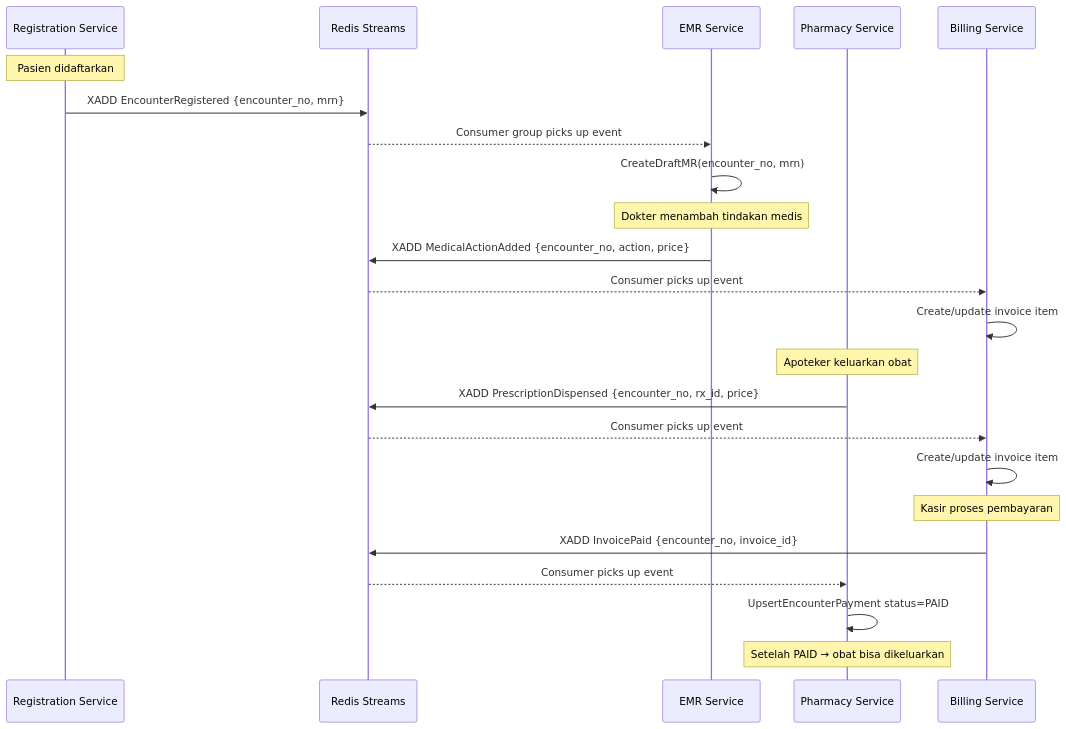
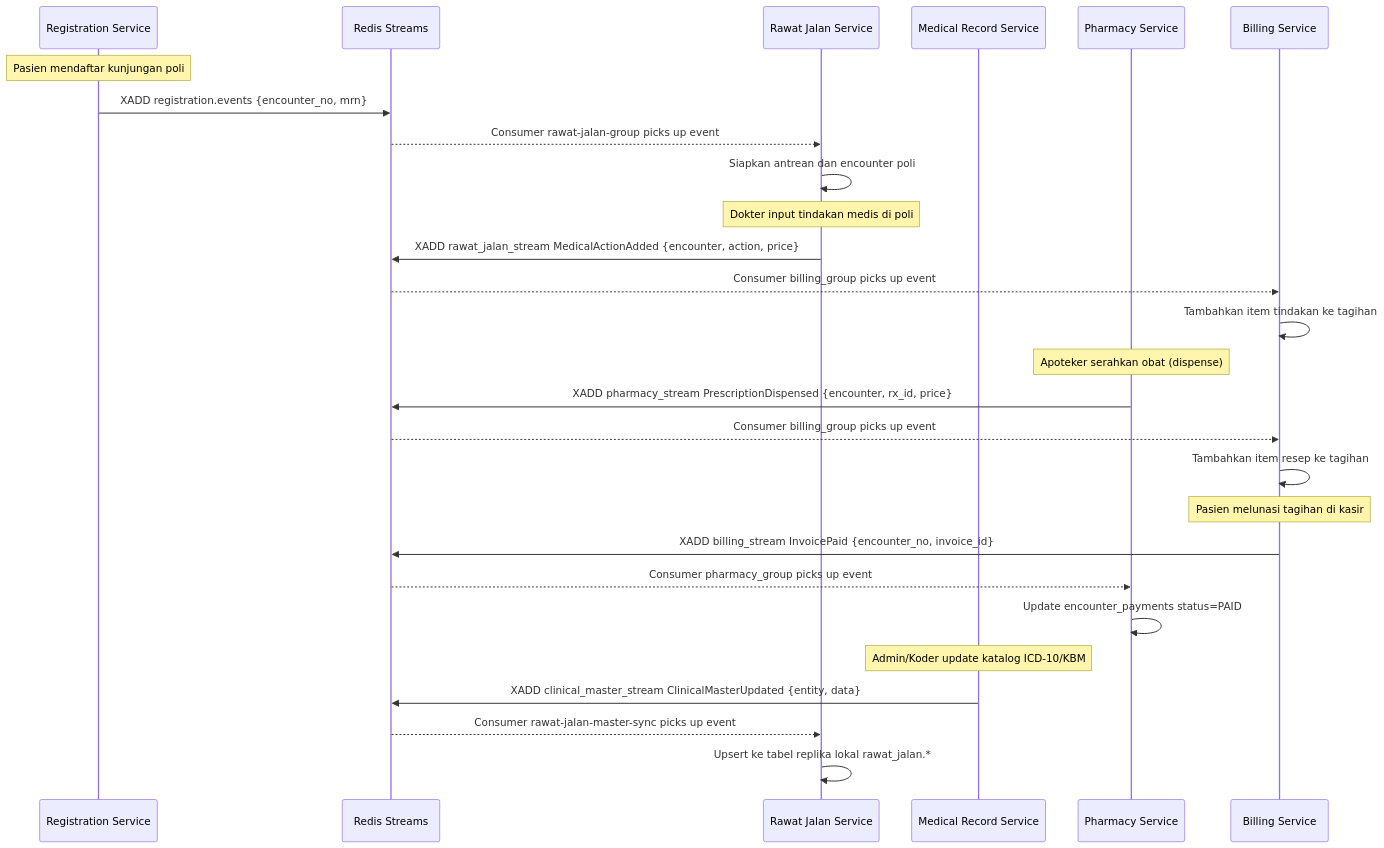
Diagram 16 of 19 in docs/be/technical/technical_documentation.md (odealidj/go-micro-simrs-one), drawn with Mermaid before and after one commit. The commit also changed other lines of this file and 5 other files, not shown here.

First line of the commit message:
docs: update business and technical documentation for multi-schema and rawat-jalan separation

````diff
--- a/docs/be/technical/technical_documentation.md
+++ b/docs/be/technical/technical_documentation.md
@@ -802,30 +1016,34 @@
 ```mermaid
 sequenceDiagram
     participant RS as Registration Service
     participant RDB as Redis Streams
-    participant EMR as EMR Service
+    participant RJ as Rawat Jalan Service
+    participant MR as Medical Record Service
     participant PHARMA as Pharmacy Service
     participant BILLING as Billing Service
 
-    Note over RS: Pasien didaftarkan
-    RS->>RDB: XADD EncounterRegistered {encounter_no, mrn}
-    RDB-->>EMR: Consumer group picks up event
-    EMR->>EMR: CreateDraftMR(encounter_no, mrn)
+    Note over RS: Pasien mendaftar kunjungan poli
+    RS->>RDB: XADD registration.events {encounter_no, mrn}
+    RDB-->>RJ: Consumer rawat-jalan-group picks up event
+    RJ->>RJ: Siapkan antrean dan encounter poli
 
-    Note over EMR: Dokter menambah tindakan medis
-    EMR->>RDB: XADD MedicalActionAdded {encounter_no, action, price}
-    RDB-->>BILLING: Consumer picks up event
-    BILLING->>BILLING: Create/update invoice item
+    Note over RJ: Dokter input tindakan medis di poli
+    RJ->>RDB: XADD rawat_jalan_stream MedicalActionAdded {encounter, action, price}
+    RDB-->>BILLING: Consumer billing_group picks up event
+    BILLING->>BILLING: Tambahkan item tindakan ke tagihan
 
-    Note over PHARMA: Apoteker keluarkan obat
-    PHARMA->>RDB: XADD PrescriptionDispensed {encounter_no, rx_id, price}
-    RDB-->>BILLING: Consumer picks up event
-    BILLING->>BILLING: Create/update invoice item
+    Note over PHARMA: Apoteker serahkan obat (dispense)
+    PHARMA->>RDB: XADD pharmacy_stream PrescriptionDispensed {encounter, rx_id, price}
+    RDB-->>BILLING: Consumer billing_group picks up event
+    BILLING->>BILLING: Tambahkan item resep ke tagihan
 
-    Note over BILLING: Kasir proses pembayaran
-    BILLING->>RDB: XADD InvoicePaid {encounter_no, invoice_id}
-    RDB-->>PHARMA: Consumer picks up event
-    PHARMA->>PHARMA: UpsertEncounterPayment status=PAID
+    Note over BILLING: Pasien melunasi tagihan di kasir
+    BILLING->>RDB: XADD billing_stream InvoicePaid {encounter_no, invoice_id}
+    RDB-->>PHARMA: Consumer pharmacy_group picks up event
+    PHARMA->>PHARMA: Update encounter_payments status=PAID
 
-    Note over PHARMA: Setelah PAID → obat bisa dikeluarkan
+    Note over MR: Admin/Koder update katalog ICD-10/KBM
+    MR->>RDB: XADD clinical_master_stream ClinicalMasterUpdated {entity, data}
+    RDB-->>RJ: Consumer rawat-jalan-master-sync picks up event
+    RJ->>RJ: Upsert ke tabel replika lokal rawat_jalan.*
 ```
````
